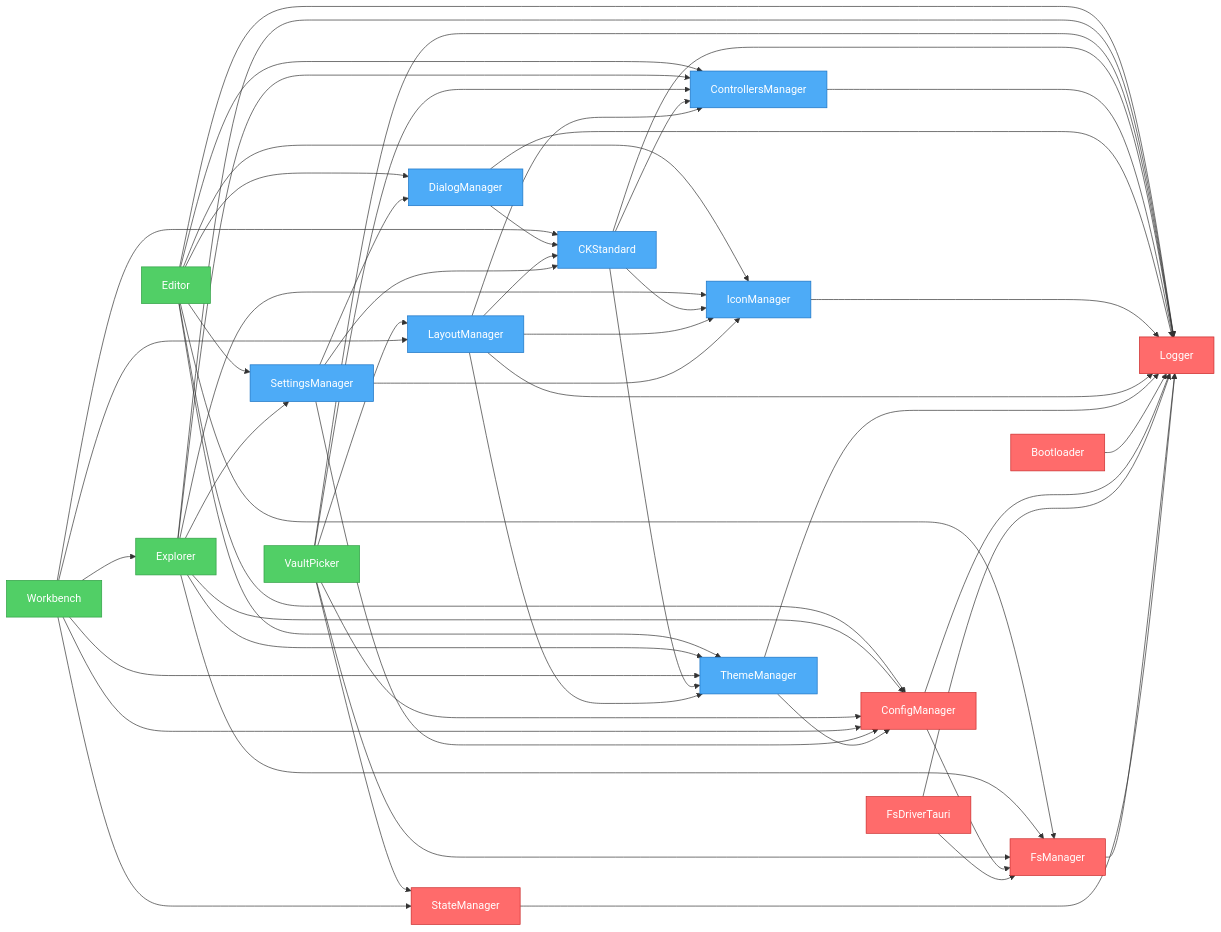
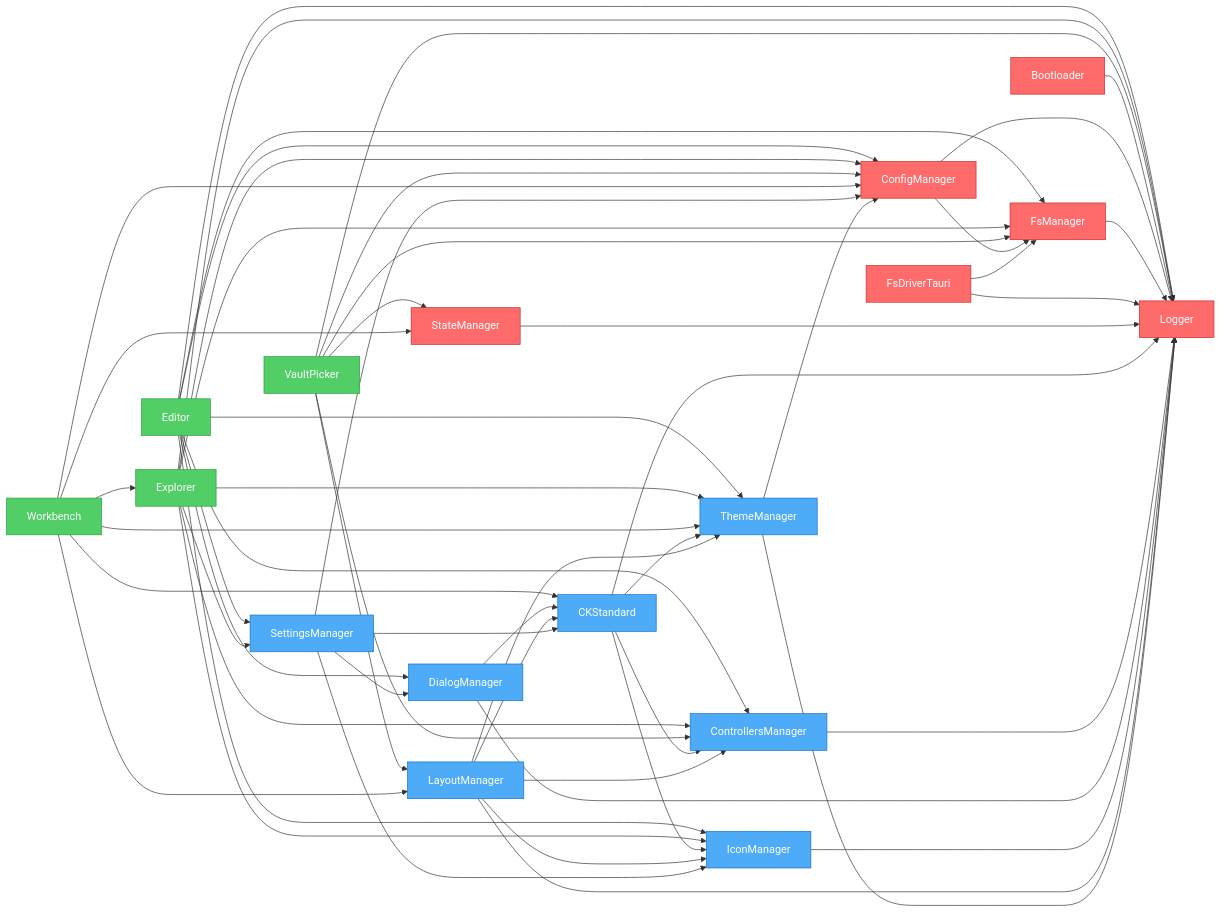
The diagram in artifacts/graph.mmd (khton-tech/notehub.md), drawn with Mermaid before and after one commit. The commit also changed 7 other files, not shown here.

```diff
--- a/artifacts/graph.mmd
+++ b/artifacts/graph.mmd
@@ -1,80 +1,80 @@
 flowchart LR
     nh_features_editor["Editor"]
     nh_features_explorer["Explorer"]
     nh_features_vault-picker["VaultPicker"]
     nh_features_workbench["Workbench"]
+    nh_system_bootloader["Bootloader"]
+    nh_system_config-manager["ConfigManager"]
+    nh_system_fs-manager["FsManager"]
+    nh_system_fs-driver-tauri["FsDriverTauri"]
+    nh_system_logger["Logger"]
+    nh_system_state-manager["StateManager"]
     nh_ui_ck-standard["CKStandard"]
     nh_ui_controllers-manager["ControllersManager"]
     nh_ui_dialog-manager["DialogManager"]
     nh_ui_icon-manager["IconManager"]
     nh_ui_layout-manager["LayoutManager"]
     nh_ui_settings-manager["SettingsManager"]
     nh_ui_theme-manager["ThemeManager"]
-    nh_system_bootloader["Bootloader"]
-    nh_system_config-manager["ConfigManager"]
-    nh_system_fs-driver-tauri["FsDriverTauri"]
-    nh_system_fs-manager["FsManager"]
-    nh_system_logger["Logger"]
-    nh_system_state-manager["StateManager"]
     nh_features_editor --> nh_system_config-manager
     nh_features_editor --> nh_ui_settings-manager
     nh_features_editor --> nh_system_fs-manager
     nh_features_editor --> nh_system_logger
     nh_features_editor --> nh_ui_controllers-manager
     nh_features_editor --> nh_ui_dialog-manager
     nh_features_editor --> nh_ui_icon-manager
     nh_features_editor --> nh_ui_theme-manager
     nh_features_explorer --> nh_system_config-manager
     nh_features_explorer --> nh_ui_settings-manager
     nh_features_explorer --> nh_system_fs-manager
     nh_features_explorer --> nh_system_logger
     nh_features_explorer --> nh_ui_controllers-manager
     nh_features_explorer --> nh_ui_icon-manager
     nh_features_explorer --> nh_ui_theme-manager
     nh_features_vault-picker --> nh_system_fs-manager
     nh_features_vault-picker --> nh_system_config-manager
     nh_features_vault-picker --> nh_system_state-manager
     nh_features_vault-picker --> nh_system_logger
     nh_features_vault-picker --> nh_ui_controllers-manager
     nh_features_vault-picker --> nh_ui_layout-manager
     nh_features_workbench --> nh_system_config-manager
     nh_features_workbench --> nh_ui_layout-manager
     nh_features_workbench --> nh_ui_theme-manager
     nh_features_workbench --> nh_ui_ck-standard
     nh_features_workbench --> nh_system_state-manager
     nh_features_workbench --> nh_features_explorer
+    nh_system_bootloader --> nh_system_logger
+    nh_system_config-manager --> nh_system_logger
+    nh_system_config-manager --> nh_system_fs-manager
+    nh_system_fs-manager --> nh_system_logger
+    nh_system_fs-driver-tauri --> nh_system_logger
+    nh_system_fs-driver-tauri --> nh_system_fs-manager
+    nh_system_state-manager --> nh_system_logger
     nh_ui_ck-standard --> nh_system_logger
     nh_ui_ck-standard --> nh_ui_controllers-manager
     nh_ui_ck-standard --> nh_ui_icon-manager
     nh_ui_ck-standard --> nh_ui_theme-manager
     nh_ui_controllers-manager --> nh_system_logger
     nh_ui_dialog-manager --> nh_system_logger
     nh_ui_dialog-manager --> nh_ui_ck-standard
     nh_ui_icon-manager --> nh_system_logger
     nh_ui_layout-manager --> nh_system_logger
     nh_ui_layout-manager --> nh_ui_theme-manager
     nh_ui_layout-manager --> nh_ui_icon-manager
     nh_ui_layout-manager --> nh_ui_controllers-manager
     nh_ui_layout-manager --> nh_ui_ck-standard
     nh_ui_settings-manager --> nh_system_config-manager
     nh_ui_settings-manager --> nh_ui_ck-standard
     nh_ui_settings-manager --> nh_ui_icon-manager
     nh_ui_settings-manager --> nh_ui_dialog-manager
     nh_ui_theme-manager --> nh_system_logger
     nh_ui_theme-manager --> nh_system_config-manager
-    nh_system_bootloader --> nh_system_logger
-    nh_system_config-manager --> nh_system_logger
-    nh_system_config-manager --> nh_system_fs-manager
-    nh_system_fs-driver-tauri --> nh_system_logger
-    nh_system_fs-driver-tauri --> nh_system_fs-manager
-    nh_system_fs-manager --> nh_system_logger
-    nh_system_state-manager --> nh_system_logger
 
     %% Styles
     classDef system fill:#ff6b6b,stroke:#c92a2a,color:#fff
     classDef ui fill:#4dabf7,stroke:#1971c2,color:#fff
     classDef feature fill:#51cf66,stroke:#2f9e44,color:#fff
     class nh_features_editor,nh_features_explorer,nh_features_workbench feature
     class nh_features_vault-picker feature
+    class nh_system_bootloader,nh_system_config-manager,nh_system_fs-manager,nh_system_fs-driver-tauri,nh_system_logger,nh_system_state-manager system
     class nh_ui_ck-standard,nh_ui_controllers-manager,nh_ui_dialog-manager,nh_ui_icon-manager,nh_ui_layout-manager,nh_ui_settings-manager,nh_ui_theme-manager ui
-    class nh_system_bootloader,nh_system_config-manager,nh_system_fs-driver-tauri,nh_system_fs-manager,nh_system_logger,nh_system_state-manager system
```
